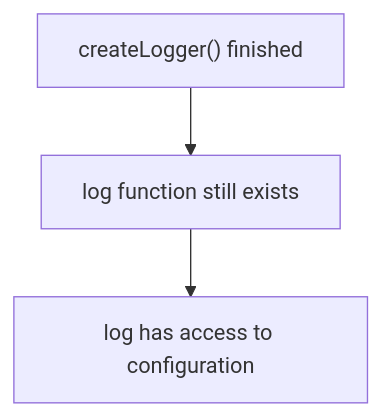
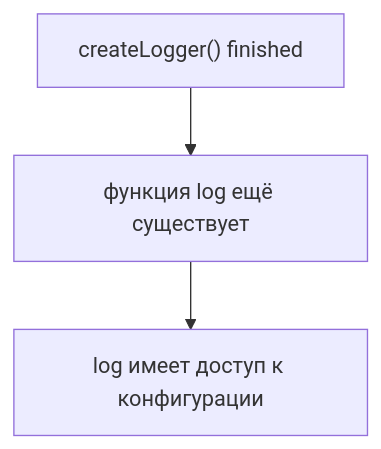
One commit to Bimba333/qa-js-ts-cookbook changed the fourth of 6 diagrams in docs/01-javascript/65-closures.md. Above: the diagram before and after it, drawn with Mermaid. The commit also changed 101 other files, not shown here.

````diff
--- a/docs/01-javascript/65-closures.md
+++ b/docs/01-javascript/65-closures.md
@@ -107,8 +107,8 @@
 ```mermaid
 flowchart TD
     N1["createLogger() finished"]
-    N2["log function still exists"]
-    N3["log has access to configuration"]
+    N2["функция log ещё существует"]
+    N3["log имеет доступ к конфигурации"]
     N1 --> N2
     N2 --> N3
 ```
````
